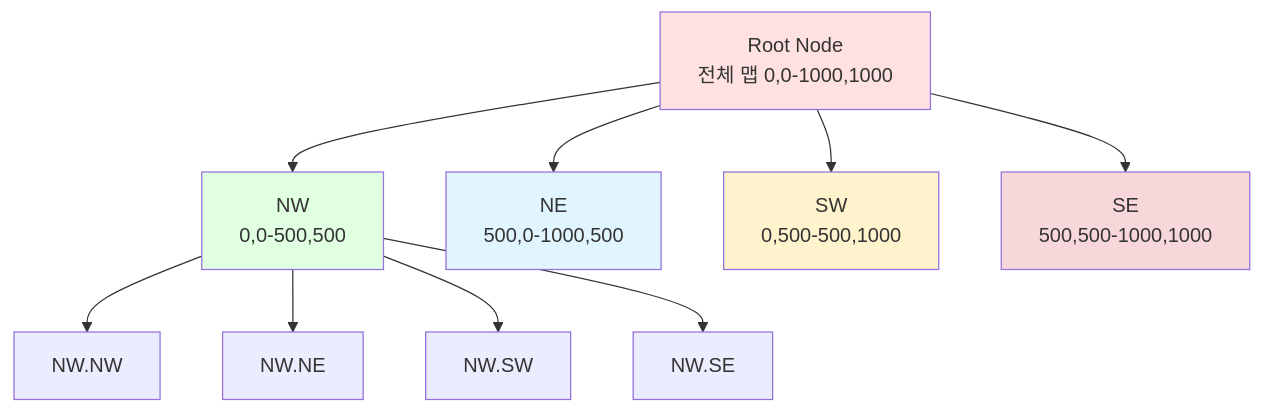
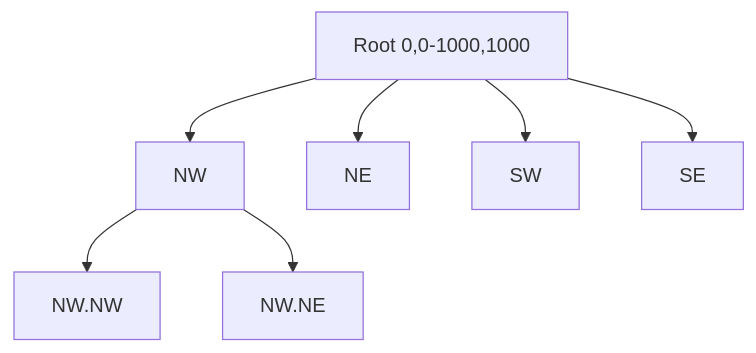
Before and after one commit to wlsqc123/IOCPFramework: the fourth of 4 diagrams in server_design/server_design3/p1_core_architecture.md, drawn with Mermaid. The commit also changed other lines of this file, not shown here.

First line of the commit message:
Update p1_core_architecture.md

````diff
--- a/server_design/server_design3/p1_core_architecture.md
+++ b/server_design/server_design3/p1_core_architecture.md
@@ -486,18 +129,10 @@
 ```mermaid
 graph TB
-    A[Root Node<br/>전체 맵 0,0-1000,1000] --> B[NW<br/>0,0-500,500]
-    A --> C[NE<br/>500,0-1000,500]
-    A --> D[SW<br/>0,500-500,1000]
-    A --> E[SE<br/>500,500-1000,1000]
+    A[Root 0,0-1000,1000] --> B[NW]
+    A --> C[NE]
+    A --> D[SW]
+    A --> E[SE]
     
     B --> B1[NW.NW]
     B --> B2[NW.NE]
-    B --> B3[NW.SW]
-    B --> B4[NW.SE]
-    
-    style A fill:#ffe1e1
-    style B fill:#e1ffe1
-    style C fill:#e1f5ff
-    style D fill:#fff3cd
-    style E fill:#f8d7da
 ```
````
